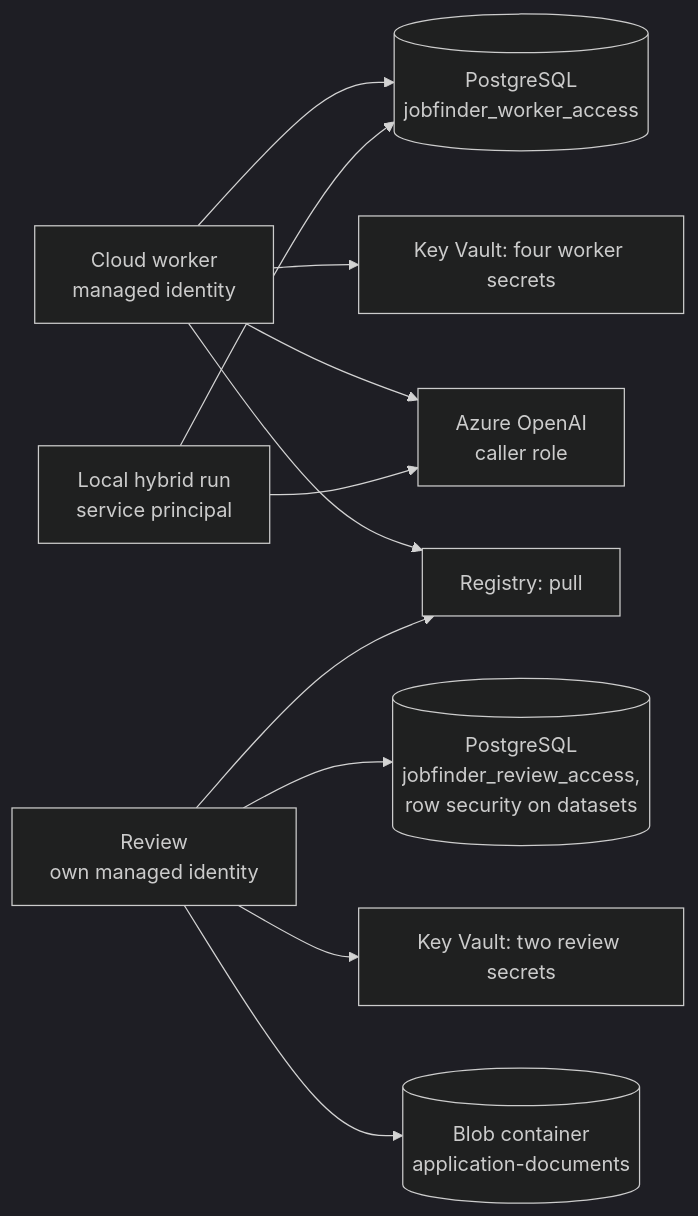
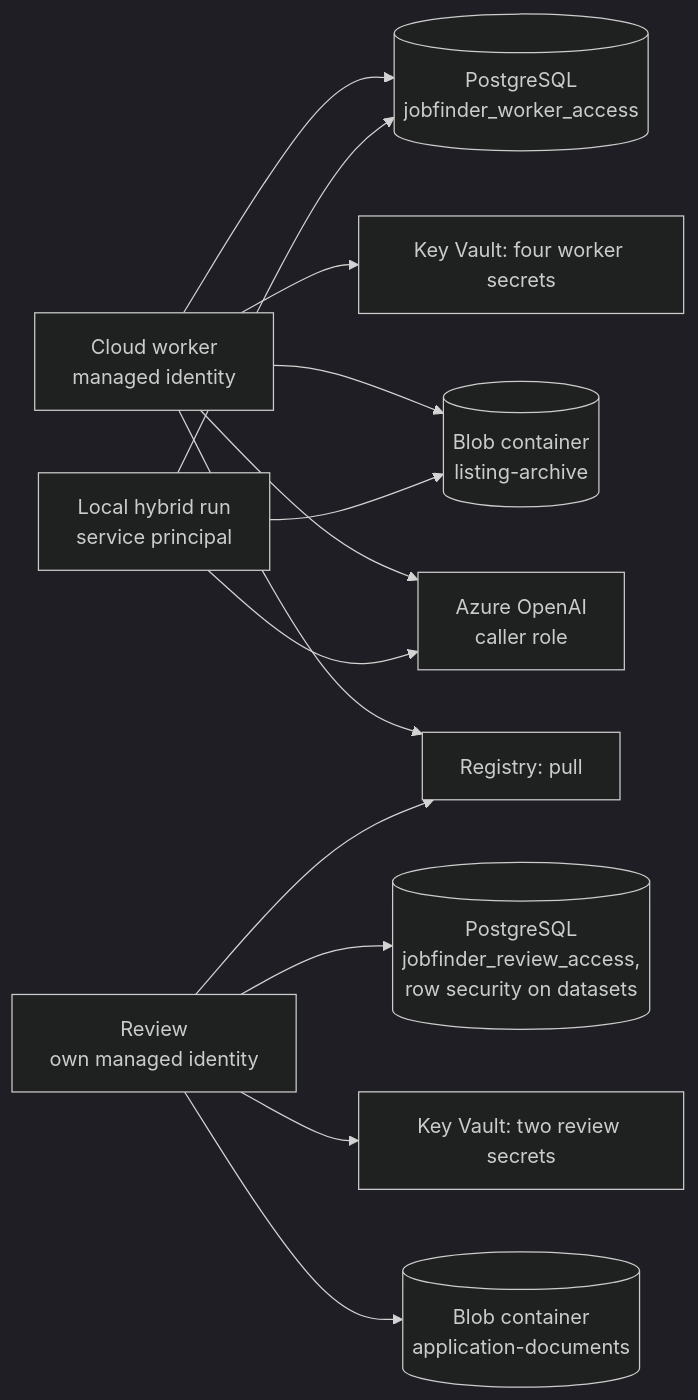
The diagram in docs/runtime-access.md (cheeezis/job_finder), drawn with Mermaid (dark theme) before and after one commit. The commit also changed other lines of this file and 10 other files, not shown here.

````diff
--- a/docs/runtime-access.md
+++ b/docs/runtime-access.md
@@ -9,12 +9,13 @@
 ```mermaid
 flowchart LR
     worker[Cloud worker<br/>managed identity] --> db[(PostgreSQL<br/>jobfinder_worker_access)]
     hybrid[Local hybrid run<br/>service principal] --> db
     review[Review<br/>own managed identity] --> dbr[(PostgreSQL<br/>jobfinder_review_access,<br/>row security on datasets)]
     worker --> kvw[Key Vault: four worker secrets]
     review --> kvr[Key Vault: two review secrets]
     review --> blob[(Blob container<br/>application-documents)]
+    worker & hybrid --> archive[(Blob container<br/>listing-archive)]
     worker --> model[Azure OpenAI<br/>caller role]
     hybrid --> model
     worker & review --> acr[Registry: pull]
 ```
````
